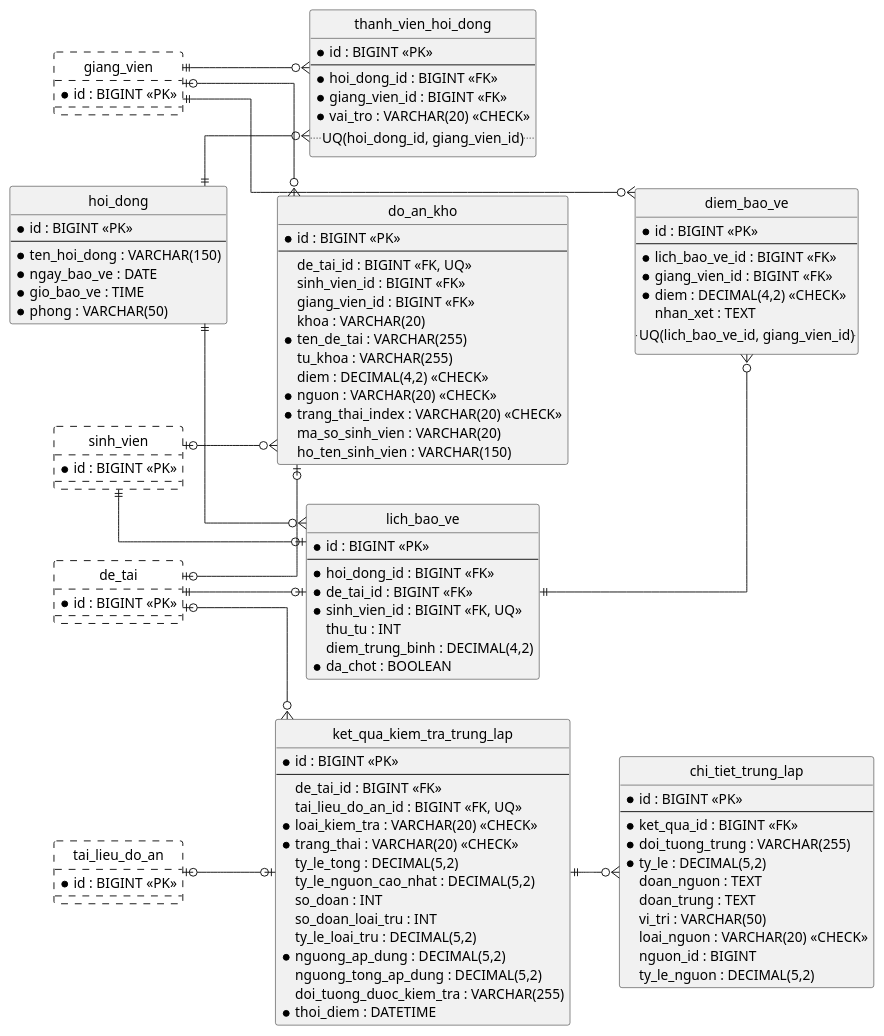
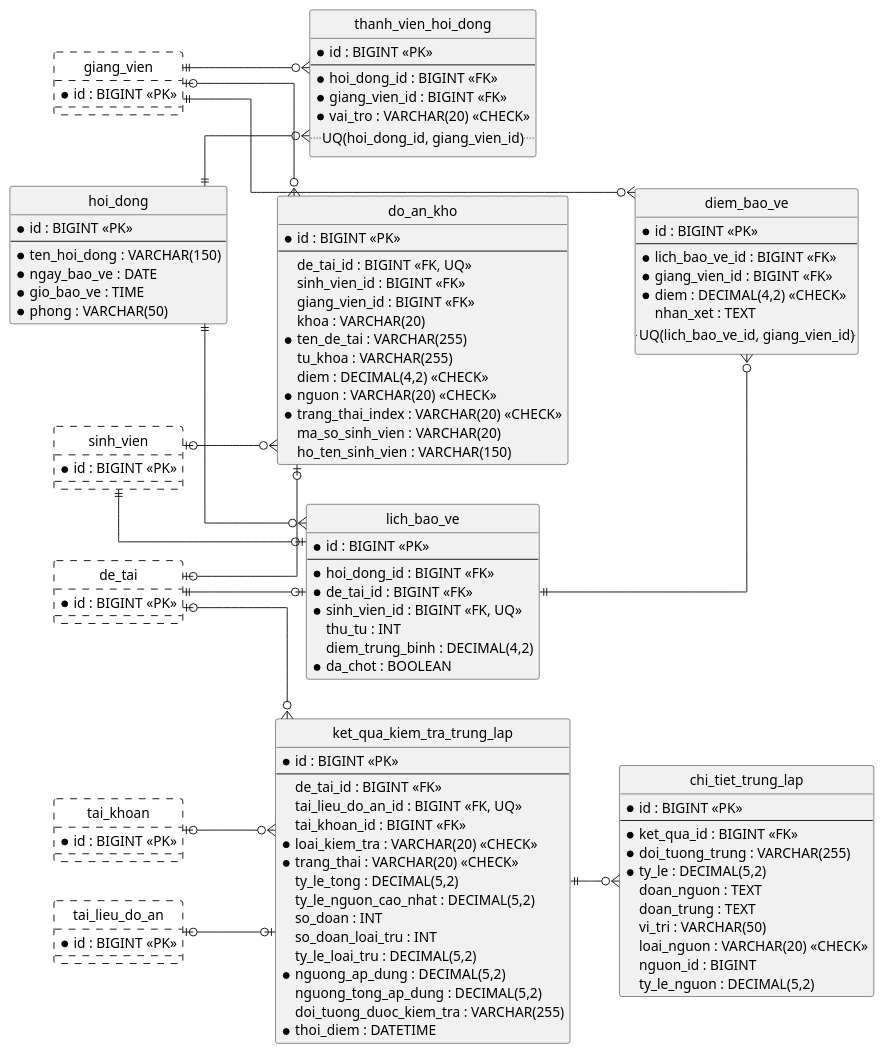
Before and after one commit to dtc235200036-alt/ICTU-DATN-NguyenThiMaiAnh: the diagram in docs/chuong-3-thiet-ke/csdl/erd-bao-ve-kho-trung-lap.puml, drawn with PlantUML. The commit also changed 31 other files, not shown here.

```diff
--- a/docs/chuong-3-thiet-ke/csdl/erd-bao-ve-kho-trung-lap.puml
+++ b/docs/chuong-3-thiet-ke/csdl/erd-bao-ve-kho-trung-lap.puml
@@ -1,125 +1,130 @@
 @startuml erd-bao-ve-kho-trung-lap
 ' Nhóm 3 của thesis_core: hội đồng và bảo vệ, kho đồ án, kết quả kiểm tra
 ' trùng lặp. Trích từ erd.puml; bảng viền nét đứt thuộc nhóm khác.
 ' Quy ước: dấu * trước tên cột = NOT NULL.
 hide circle
 left to right direction
 skinparam linetype ortho
 skinparam nodesep 40
 skinparam ranksep 50
 
 entity "de_tai" as de_tai #FFFFFF;line.dashed {
   *id : BIGINT <<PK>>
 }
 entity "sinh_vien" as sinh_vien #FFFFFF;line.dashed {
   *id : BIGINT <<PK>>
 }
 entity "giang_vien" as giang_vien #FFFFFF;line.dashed {
+  *id : BIGINT <<PK>>
+}
+entity "tai_khoan" as tai_khoan #FFFFFF;line.dashed {
   *id : BIGINT <<PK>>
 }
 entity "tai_lieu_do_an" as tai_lieu_do_an #FFFFFF;line.dashed {
   *id : BIGINT <<PK>>
 }
 
 entity "hoi_dong" as hoi_dong {
   *id : BIGINT <<PK>>
   --
   *ten_hoi_dong : VARCHAR(150)
   *ngay_bao_ve : DATE
   *gio_bao_ve : TIME
   *phong : VARCHAR(50)
 }
 
 entity "thanh_vien_hoi_dong" as thanh_vien_hoi_dong {
   *id : BIGINT <<PK>>
   --
   *hoi_dong_id : BIGINT <<FK>>
   *giang_vien_id : BIGINT <<FK>>
   *vai_tro : VARCHAR(20) <<CHECK>>
   ..UQ(hoi_dong_id, giang_vien_id)..
 }
 
 entity "lich_bao_ve" as lich_bao_ve {
   *id : BIGINT <<PK>>
   --
   *hoi_dong_id : BIGINT <<FK>>
   *de_tai_id : BIGINT <<FK>>
   *sinh_vien_id : BIGINT <<FK, UQ>>
   thu_tu : INT
   diem_trung_binh : DECIMAL(4,2)
   *da_chot : BOOLEAN
 }
 
 entity "diem_bao_ve" as diem_bao_ve {
   *id : BIGINT <<PK>>
   --
   *lich_bao_ve_id : BIGINT <<FK>>
   *giang_vien_id : BIGINT <<FK>>
   *diem : DECIMAL(4,2) <<CHECK>>
   nhan_xet : TEXT
   ..UQ(lich_bao_ve_id, giang_vien_id)..
 }
 
 entity "do_an_kho" as do_an_kho {
   *id : BIGINT <<PK>>
   --
   de_tai_id : BIGINT <<FK, UQ>>
   sinh_vien_id : BIGINT <<FK>>
   giang_vien_id : BIGINT <<FK>>
   khoa : VARCHAR(20)
   *ten_de_tai : VARCHAR(255)
   tu_khoa : VARCHAR(255)
   diem : DECIMAL(4,2) <<CHECK>>
   *nguon : VARCHAR(20) <<CHECK>>
   *trang_thai_index : VARCHAR(20) <<CHECK>>
   ma_so_sinh_vien : VARCHAR(20)
   ho_ten_sinh_vien : VARCHAR(150)
 }
 
 entity "ket_qua_kiem_tra_trung_lap" as ket_qua_kiem_tra_trung_lap {
   *id : BIGINT <<PK>>
   --
   de_tai_id : BIGINT <<FK>>
   tai_lieu_do_an_id : BIGINT <<FK, UQ>>
+  tai_khoan_id : BIGINT <<FK>>
   *loai_kiem_tra : VARCHAR(20) <<CHECK>>
   *trang_thai : VARCHAR(20) <<CHECK>>
   ty_le_tong : DECIMAL(5,2)
   ty_le_nguon_cao_nhat : DECIMAL(5,2)
   so_doan : INT
   so_doan_loai_tru : INT
   ty_le_loai_tru : DECIMAL(5,2)
   *nguong_ap_dung : DECIMAL(5,2)
   nguong_tong_ap_dung : DECIMAL(5,2)
   doi_tuong_duoc_kiem_tra : VARCHAR(255)
   *thoi_diem : DATETIME
 }
 
 entity "chi_tiet_trung_lap" as chi_tiet_trung_lap {
   *id : BIGINT <<PK>>
   --
   *ket_qua_id : BIGINT <<FK>>
   *doi_tuong_trung : VARCHAR(255)
   *ty_le : DECIMAL(5,2)
   doan_nguon : TEXT
   doan_trung : TEXT
   vi_tri : VARCHAR(50)
   loai_nguon : VARCHAR(20) <<CHECK>>
   nguon_id : BIGINT
   ty_le_nguon : DECIMAL(5,2)
 }
 
 hoi_dong ||--o{ thanh_vien_hoi_dong
 giang_vien ||--o{ thanh_vien_hoi_dong
 hoi_dong ||--o{ lich_bao_ve
 de_tai ||--o| lich_bao_ve
 sinh_vien ||--o| lich_bao_ve
 lich_bao_ve ||--o{ diem_bao_ve
 giang_vien ||--o{ diem_bao_ve
 de_tai |o--o| do_an_kho
 sinh_vien |o--o{ do_an_kho
 giang_vien |o--o{ do_an_kho
 de_tai |o--o{ ket_qua_kiem_tra_trung_lap
 tai_lieu_do_an |o--o| ket_qua_kiem_tra_trung_lap
+tai_khoan |o--o{ ket_qua_kiem_tra_trung_lap
 ket_qua_kiem_tra_trung_lap ||--o{ chi_tiet_trung_lap
 
 @enduml
```
